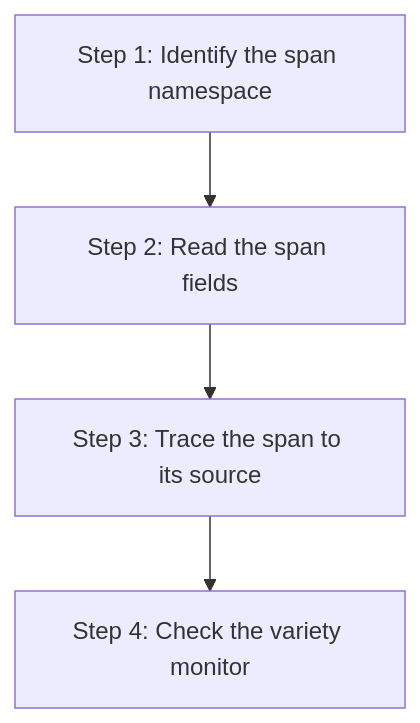
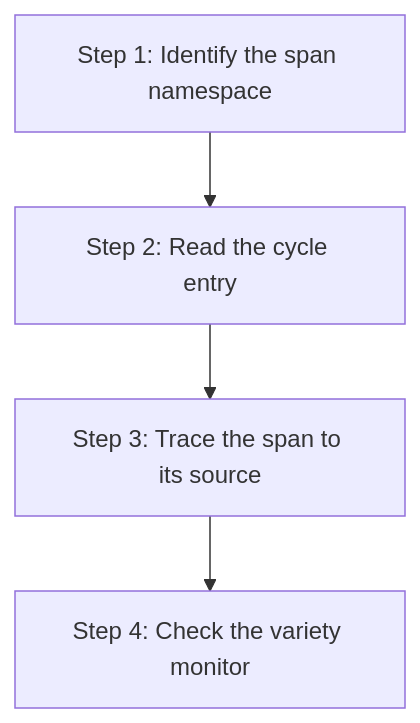
Before and after one commit to mdz-axo/zed-kask: the diagram in kask/docs/diataxis/hkask-regulation/tutorial.md, drawn with Mermaid. The commit also changed other lines of this file and 33 other files, not shown here.

````diff
--- a/kask/docs/diataxis/hkask-regulation/tutorial.md
+++ b/kask/docs/diataxis/hkask-regulation/tutorial.md
@@ -19,6 +19,6 @@
 ```mermaid
 flowchart TD
-    A[Step 1: Identify the span namespace] --> B[Step 2: Read the span fields]
+    A[Step 1: Identify the span namespace] --> B[Step 2: Read the cycle entry]
     B --> C[Step 3: Trace the span to its source]
     C --> D[Step 4: Check the variety monitor]
 ```
````
